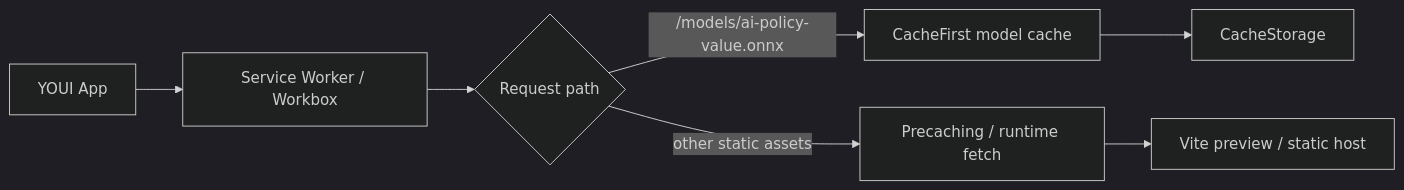
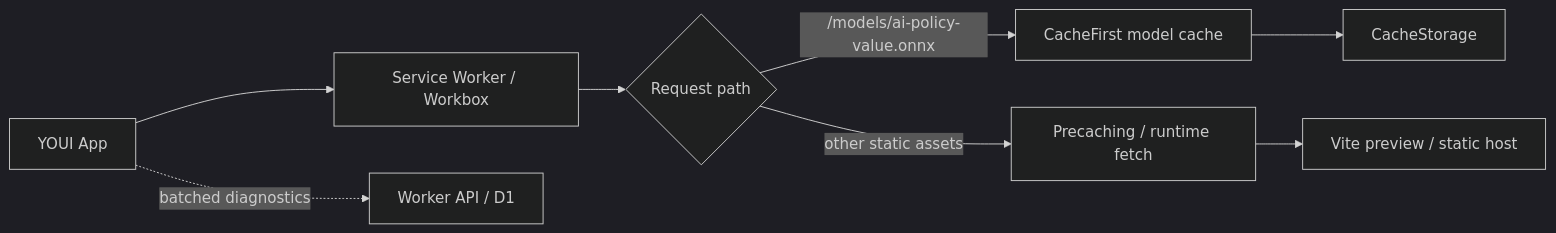
Before and after one commit to kstroevsky/youi-checkers: the first of 2 diagrams in docs/INFRASTRUCTURE.md, drawn with Mermaid (dark theme). The commit also changed other lines of this file and 11 other files, not shown here.

Commit message:
Feature: Add D1 Worker telemetry ingestion and Cloudflare routing

````diff
--- a/docs/INFRASTRUCTURE.md
+++ b/docs/INFRASTRUCTURE.md
@@ -13,9 +13,10 @@
 ```mermaid
 flowchart LR
   App["YOUI App"] --> SW["Service Worker / Workbox"]
   SW --> Route{"Request path"}
   Route -- "/models/ai-policy-value.onnx" --> CacheFirst["CacheFirst model cache"]
   Route -- "other static assets" --> Static["Precaching / runtime fetch"]
   CacheFirst --> Cache["CacheStorage"]
   Static --> Network["Vite preview / static host"]
+  App -. "batched diagnostics" .-> Telemetry["Worker API / D1"]
 ```
````
